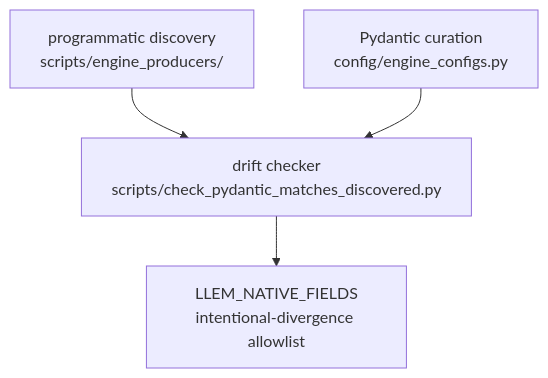
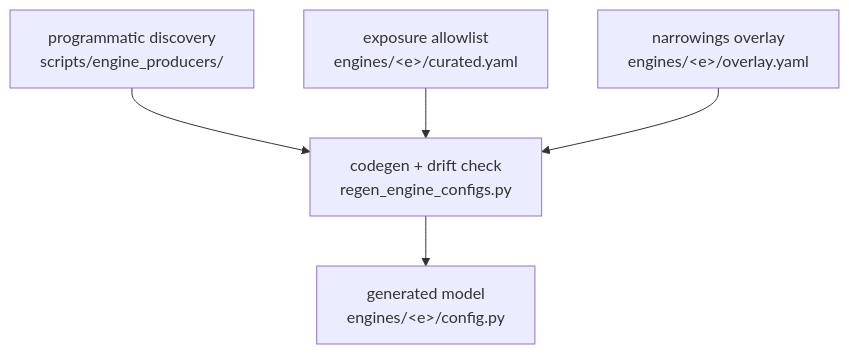
Before and after one commit to henrycgbaker/LLenergyMeasure: the diagram in docs/explanation/architecture/parameter-curation.md, drawn with Mermaid. The commit also changed other lines of this file and 11 other files, not shown here.

First line of the commit message:
docs: align hand-written prose with engine-rules rename and generated config

````diff
--- a/docs/explanation/architecture/parameter-curation.md
+++ b/docs/explanation/architecture/parameter-curation.md
@@ -13,11 +13,13 @@
 ```mermaid
 flowchart TD
     discovery[programmatic discovery<br/>scripts/engine_producers/]
-    pydantic[Pydantic curation<br/>config/engine_configs.py]
-    drift[drift checker<br/>scripts/check_pydantic_matches_discovered.py]
-    allowlist[LLEM_NATIVE_FIELDS<br/>intentional-divergence allowlist]
+    curated[exposure allowlist<br/>engines/&lt;e&gt;/curated.yaml]
+    overlay[narrowings overlay<br/>engines/&lt;e&gt;/overlay.yaml]
+    codegen[codegen + drift check<br/>regen_engine_configs.py]
+    config[generated model<br/>engines/&lt;e&gt;/config.py]
 
-    discovery --> drift
-    pydantic --> drift
-    drift --> allowlist
+    discovery --> codegen
+    curated --> codegen
+    overlay --> codegen
+    codegen --> config
 ```
````
